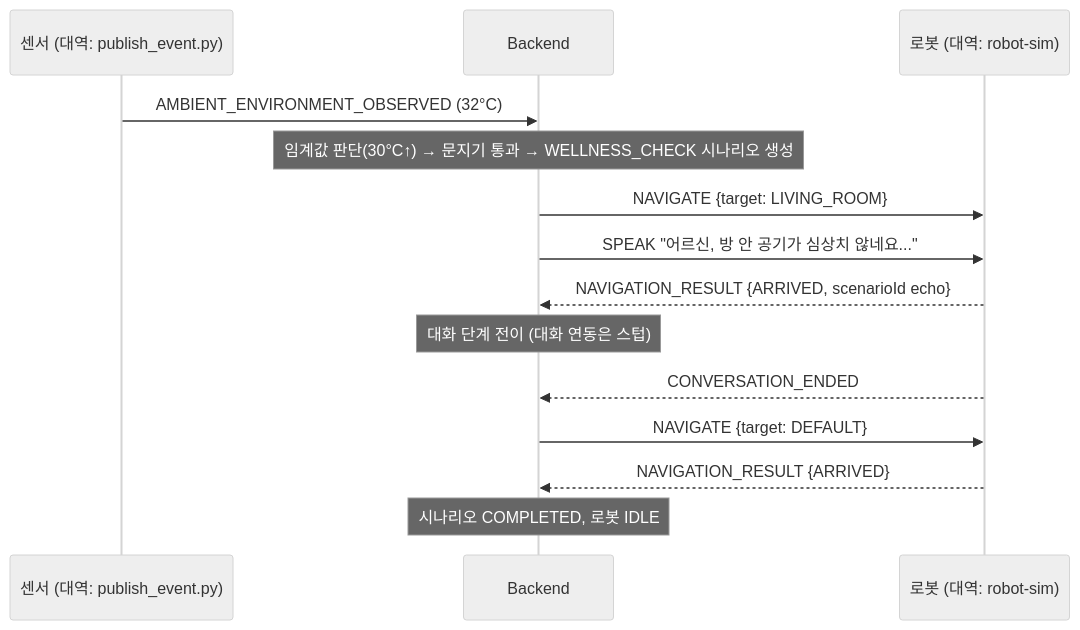
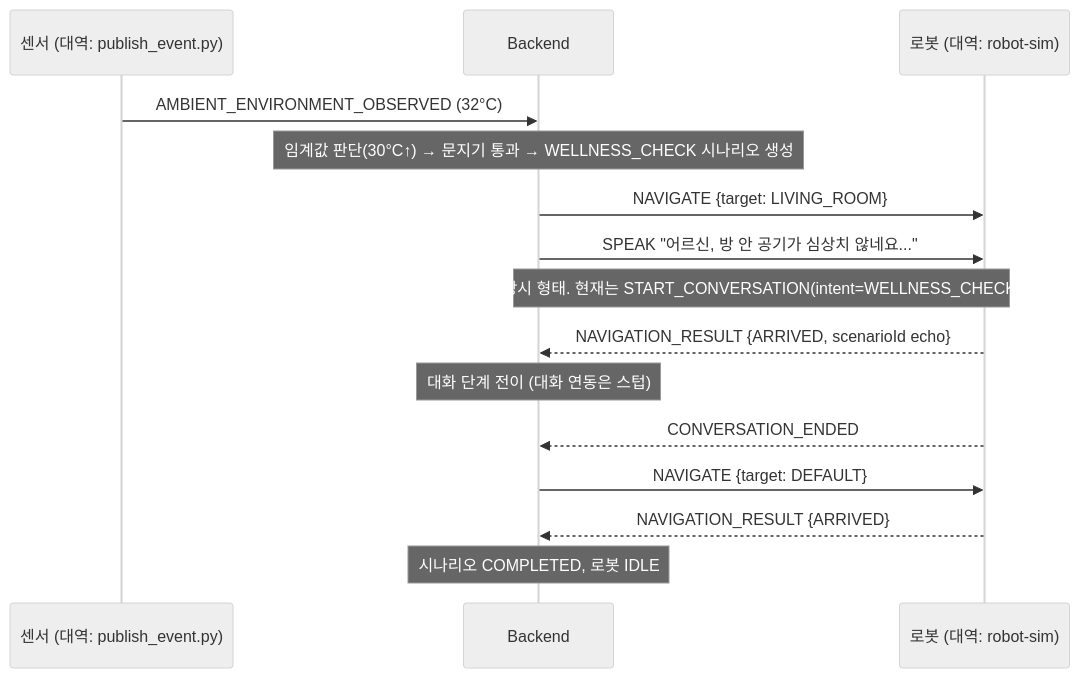
The diagram in docs/scenario/local-e2e-report.md (bomi-aiot/BOMI), drawn with Mermaid (neutral theme) before and after one commit. The commit also changed other lines of this file and 66 other files, not shown here.

````diff
--- a/docs/scenario/local-e2e-report.md
+++ b/docs/scenario/local-e2e-report.md
@@ -13,16 +26,17 @@
 ```mermaid
 sequenceDiagram
     participant S as 센서 (대역: publish_event.py)
     participant B as Backend
     participant R as 로봇 (대역: robot-sim)
     S->>B: AMBIENT_ENVIRONMENT_OBSERVED (32°C)
     Note over B: 임계값 판단(30°C↑) → 문지기 통과 → WELLNESS_CHECK 시나리오 생성
     B->>R: NAVIGATE {target: LIVING_ROOM}
     B->>R: SPEAK "어르신, 방 안 공기가 심상치 않네요..."
+    Note over B,R: 당시 형태. 현재는 START_CONVERSATION(intent=WELLNESS_CHECK)
     R-->>B: NAVIGATION_RESULT {ARRIVED, scenarioId echo}
     Note over B: 대화 단계 전이 (대화 연동은 스텁)
     R-->>B: CONVERSATION_ENDED
     B->>R: NAVIGATE {target: DEFAULT}
     R-->>B: NAVIGATION_RESULT {ARRIVED}
     Note over B: 시나리오 COMPLETED, 로봇 IDLE
 ```
````
